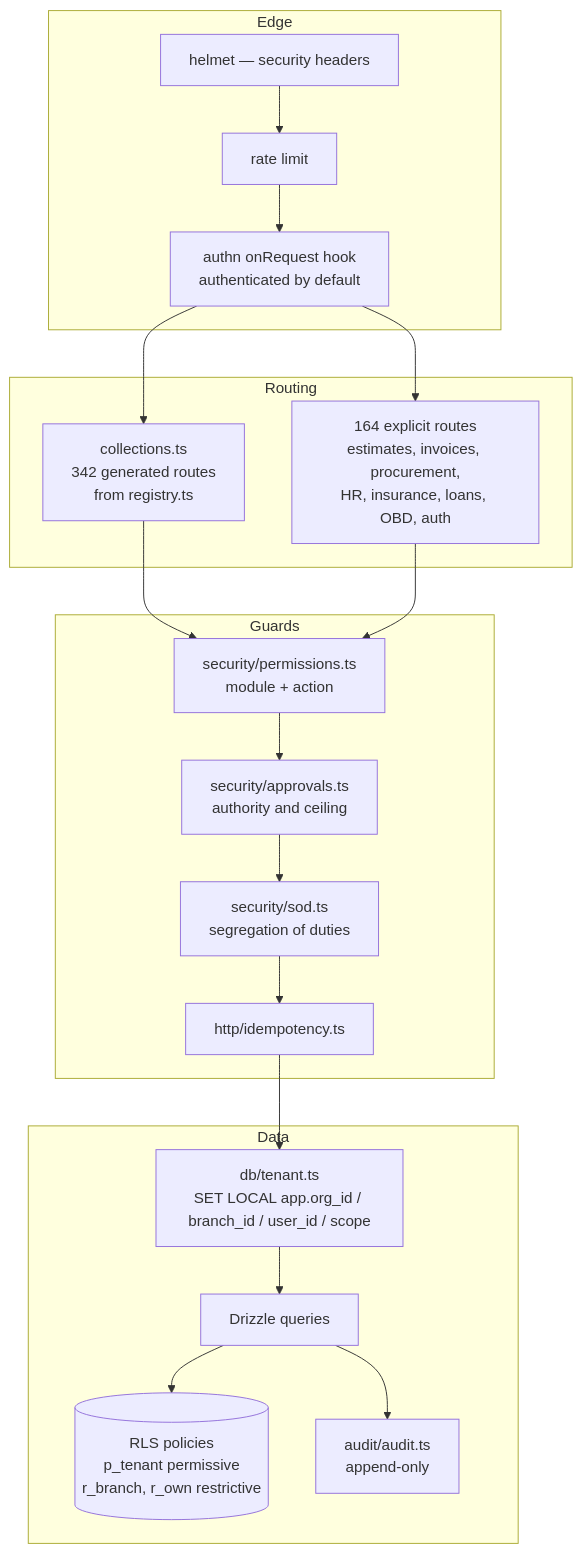
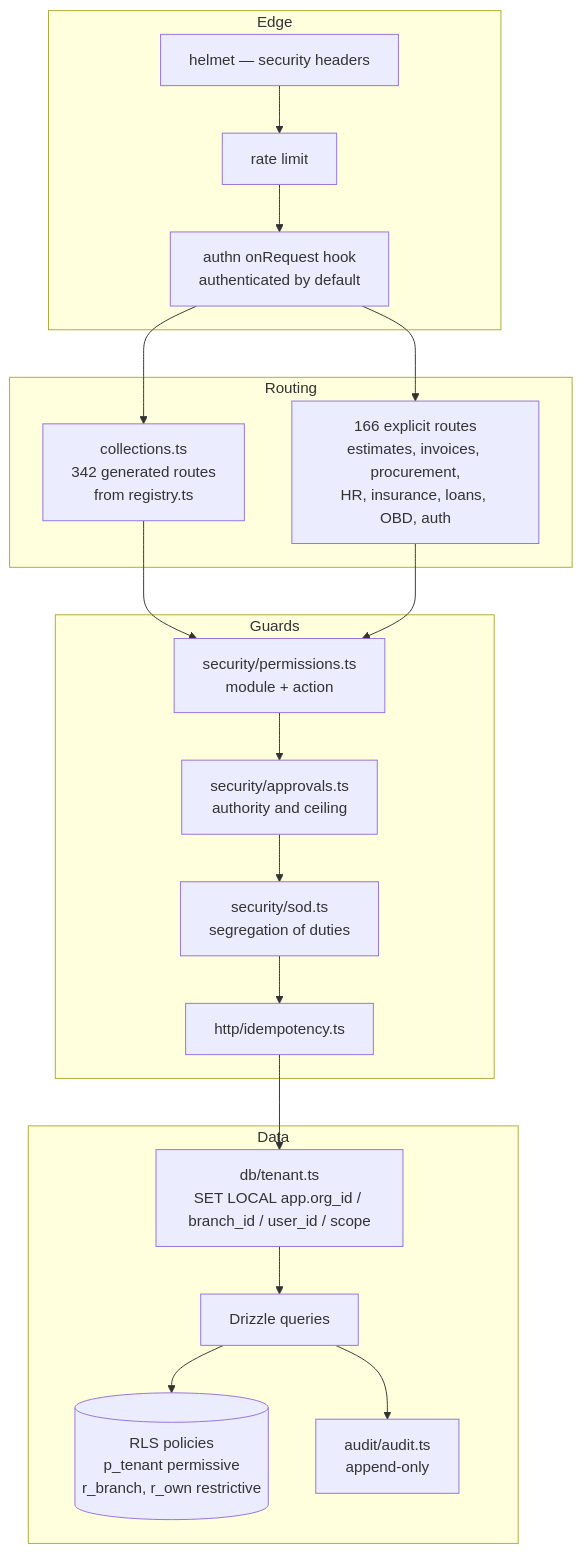
The third of 4 diagrams in docs/15_C4_ARCHITECTURE_DIAGRAMS/C4_MODEL.md (tazamohd/SlClNe), drawn with Mermaid before and after one commit. The commit also changed other lines of this file and 40 other files, not shown here.

````diff
--- a/docs/15_C4_ARCHITECTURE_DIAGRAMS/C4_MODEL.md
+++ b/docs/15_C4_ARCHITECTURE_DIAGRAMS/C4_MODEL.md
@@ -60,29 +60,29 @@
 ```mermaid
 flowchart TB
   subgraph edge[Edge]
     helmet["helmet — security headers"]
     rl["rate limit"]
     authn["authn onRequest hook<br/>authenticated by default"]
   end
   subgraph routing[Routing]
     generic["collections.ts<br/>342 generated routes<br/>from registry.ts"]
-    explicit["164 explicit routes<br/>estimates, invoices, procurement,<br/>HR, insurance, loans, OBD, auth"]
+    explicit["166 explicit routes<br/>estimates, invoices, procurement,<br/>HR, insurance, loans, OBD, auth"]
   end
   subgraph guards[Guards]
     perms["security/permissions.ts<br/>module + action"]
     approvals["security/approvals.ts<br/>authority and ceiling"]
     sod["security/sod.ts<br/>segregation of duties"]
     idem["http/idempotency.ts"]
   end
   subgraph data[Data]
     tenant["db/tenant.ts<br/>SET LOCAL app.org_id / branch_id / user_id / scope"]
     drizzle["Drizzle queries"]
     rls[("RLS policies<br/>p_tenant permissive<br/>r_branch, r_own restrictive")]
     audit["audit/audit.ts<br/>append-only"]
   end
   helmet --> rl --> authn --> generic
   authn --> explicit
   generic --> perms
   explicit --> perms --> approvals --> sod --> idem --> tenant --> drizzle --> rls
   drizzle --> audit
 ```
````
